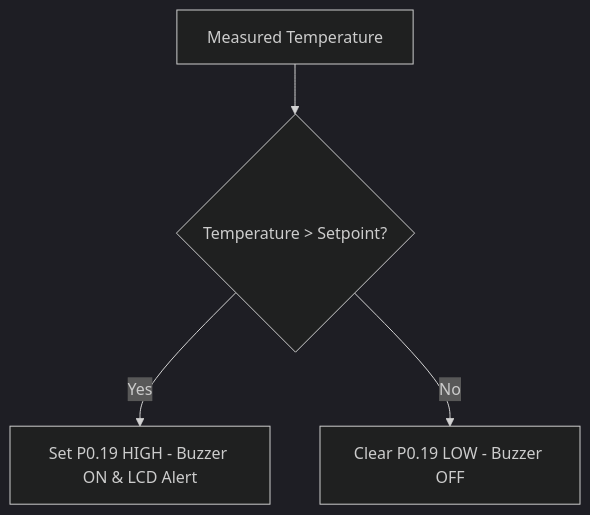
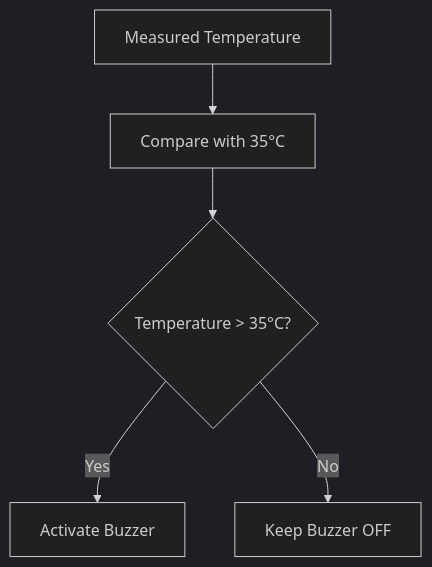
The ninth of 10 diagrams in README.md (maghambhanu/LPC2148-Industrial-Environment-Monitor), drawn with Mermaid (dark theme) before and after one commit. The commit also changed other lines of this file, not shown here.

````diff
--- a/README.md
+++ b/README.md
@@ -316,6 +398,7 @@
 ```mermaid
 flowchart TD
-    A[Measured Temperature] --> B{Temperature > Setpoint?}
-    B -->|Yes| C[Set P0.19 HIGH - Buzzer ON & LCD Alert]
-    B -->|No| D[Clear P0.19 LOW - Buzzer OFF]
+    A[Measured Temperature] --> B[Compare with 35°C]
+    B --> C{Temperature > 35°C?}
+    C -->|Yes| D[Activate Buzzer]
+    C -->|No| E[Keep Buzzer OFF]
 ```
````
